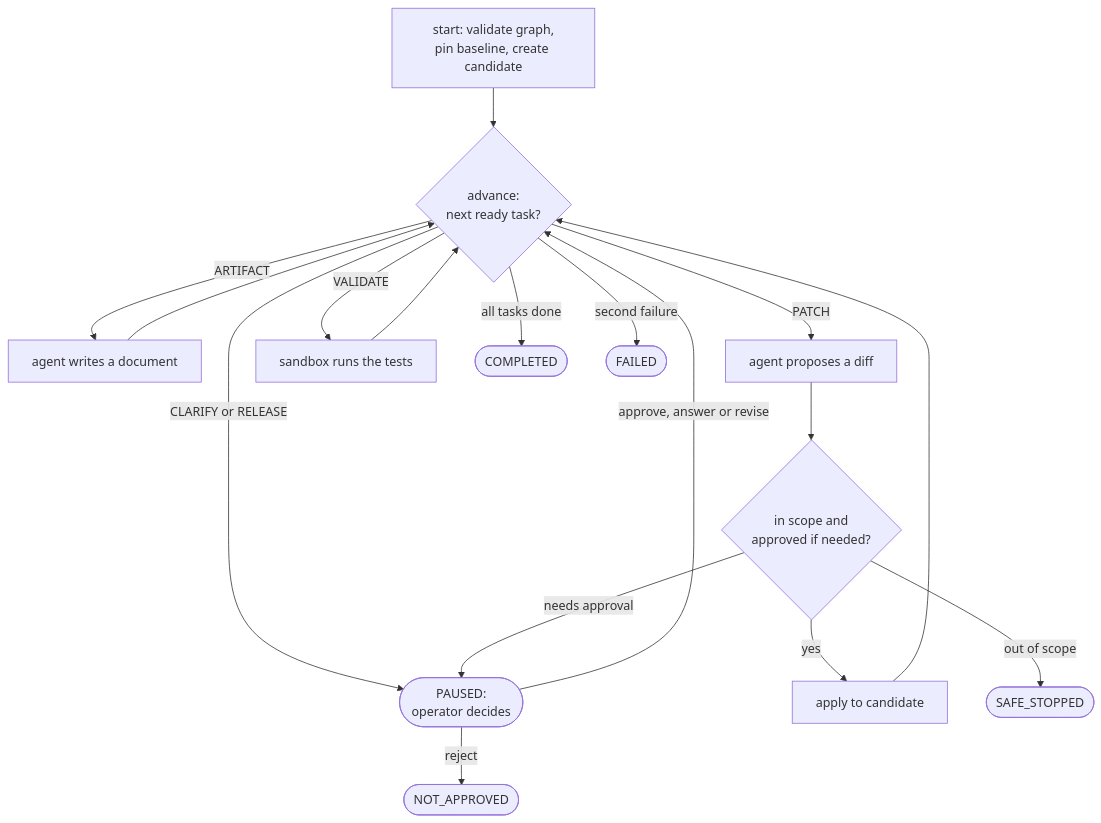
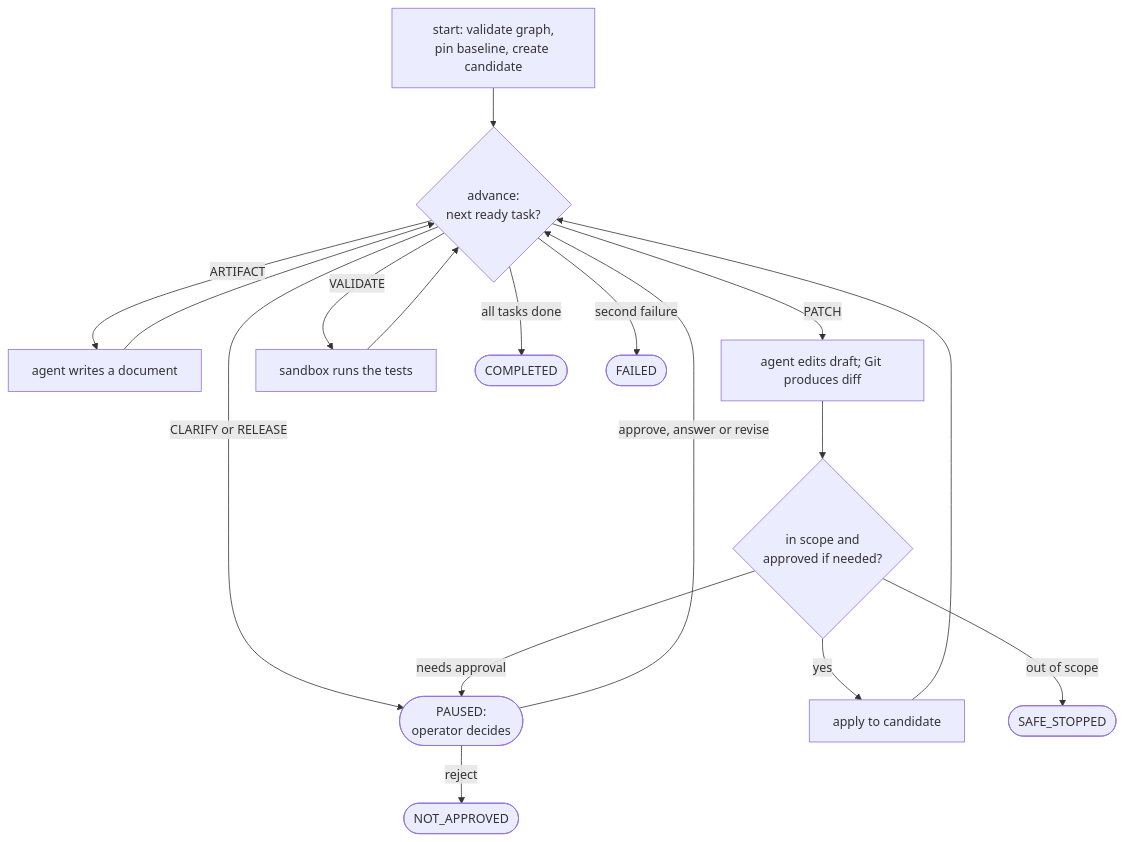
One commit to BigPhilsnr/software-factory changed the second of 6 diagrams in docs/02-architecture/factory.md. Above: the diagram before and after it, drawn with Mermaid. The commit also changed other lines of this file and 89 other files, not shown here.

````diff
--- a/docs/02-architecture/factory.md
+++ b/docs/02-architecture/factory.md
@@ -62,18 +62,18 @@
 ```mermaid
 flowchart TD
     start["start: validate graph,<br/>pin baseline, create candidate"] --> advance{"advance:<br/>next ready task?"}
     advance -->|"ARTIFACT"| artifact["agent writes a document"]
-    advance -->|"PATCH"| patch["agent proposes a diff"]
+    advance -->|"PATCH"| patch["agent edits draft; Git produces diff"]
     advance -->|"VALIDATE"| validate["sandbox runs the tests"]
     advance -->|"CLARIFY or RELEASE"| wait
     artifact --> advance
     patch --> rules{"in scope and<br/>approved if needed?"}
     rules -->|"yes"| apply["apply to candidate"] --> advance
     rules -->|"needs approval"| wait(["PAUSED:<br/>operator decides"])
     rules -->|"out of scope"| stop(["SAFE_STOPPED"])
     validate --> advance
     wait -->|"approve, answer or revise"| advance
     wait -->|"reject"| rejected(["NOT_APPROVED"])
     advance -->|"all tasks done"| completed(["COMPLETED"])
     advance -->|"second failure"| failed(["FAILED"])
 ```
````
